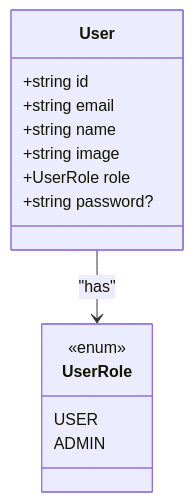
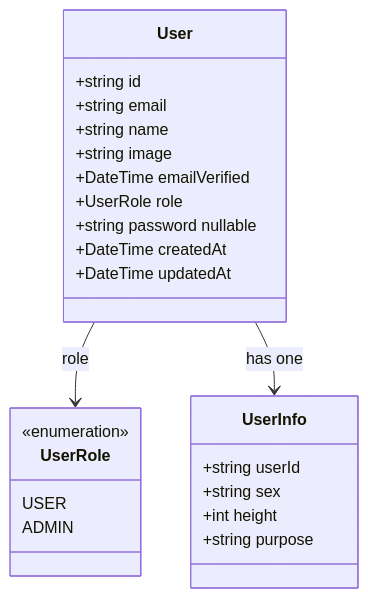
The sixth of 8 diagrams in .qoder/repowiki/en/content/Authentication and Authorization.md (Dezzpil/meingym), drawn with Mermaid before and after one commit. The commit also changed other lines of this file and 12 other files, not shown here.

````diff
--- a/.qoder/repowiki/en/content/Authentication and Authorization.md
+++ b/.qoder/repowiki/en/content/Authentication and Authorization.md
@@ -269,17 +340,27 @@
 ```mermaid
 classDiagram
 class User {
 +string id
 +string email
 +string name
 +string image
++DateTime emailVerified
 +UserRole role
-+string password?
++string password nullable
++DateTime createdAt
++DateTime updatedAt
 }
 class UserRole {
-<<enum>>
+<<enumeration>>
 USER
 ADMIN
 }
-User --> UserRole : "has"
+class UserInfo {
++string userId
++string sex
++int height
++string purpose
+}
+User --> UserRole : role
+User --> UserInfo : has one
 ```
````
